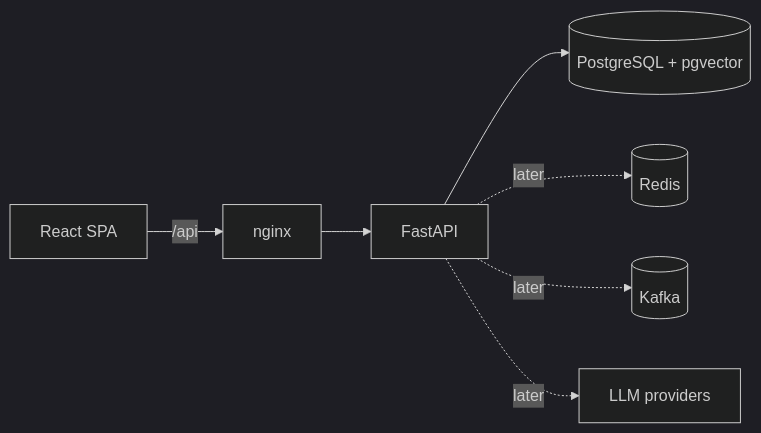
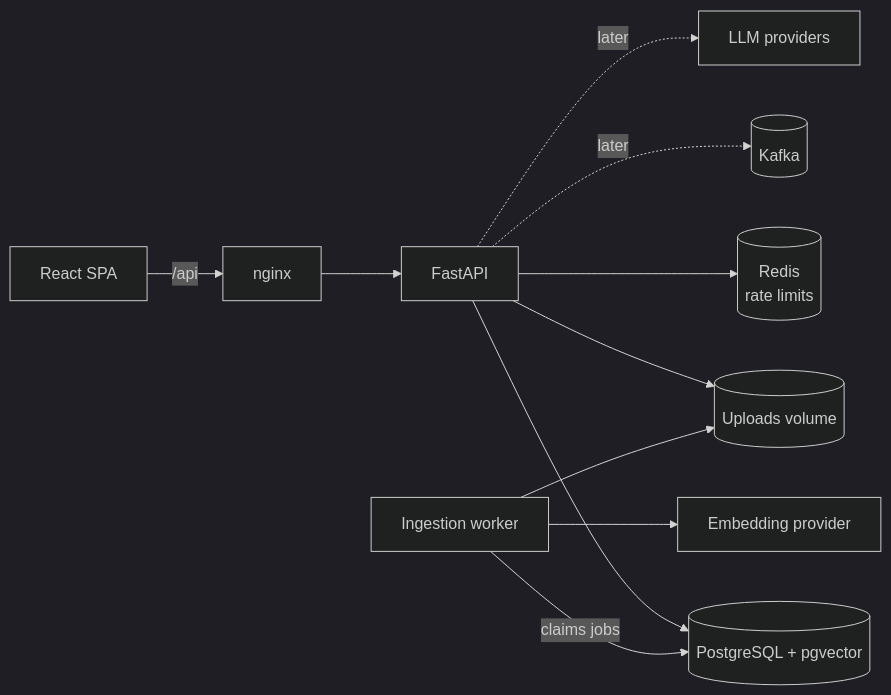
The diagram in README.md (AdityaTiwarime/nexusai), drawn with Mermaid (dark theme) before and after one commit. The commit also changed other lines of this file and 62 other files, not shown here.

Commit message:
Phase 3: document intelligence - upload, parsing, chunking, embeddings, worker, rate limiting

````diff
--- a/README.md
+++ b/README.md
@@ -49,6 +63,11 @@
 ```mermaid
 flowchart LR
     UI[React SPA] -->|/api| NGINX[nginx] --> API[FastAPI]
     API --> PG[(PostgreSQL + pgvector)]
-    API -. later .-> REDIS[(Redis)] & KAFKA[(Kafka)] & LLM[LLM providers]
+    API --> REDIS[(Redis<br/>rate limits)]
+    API --> FILES[(Uploads volume)]
+    WORKER[Ingestion worker] -->|claims jobs| PG
+    WORKER --> FILES
+    WORKER --> EMB[Embedding provider]
+    API -. later .-> KAFKA[(Kafka)] & LLM[LLM providers]
 ```
````
